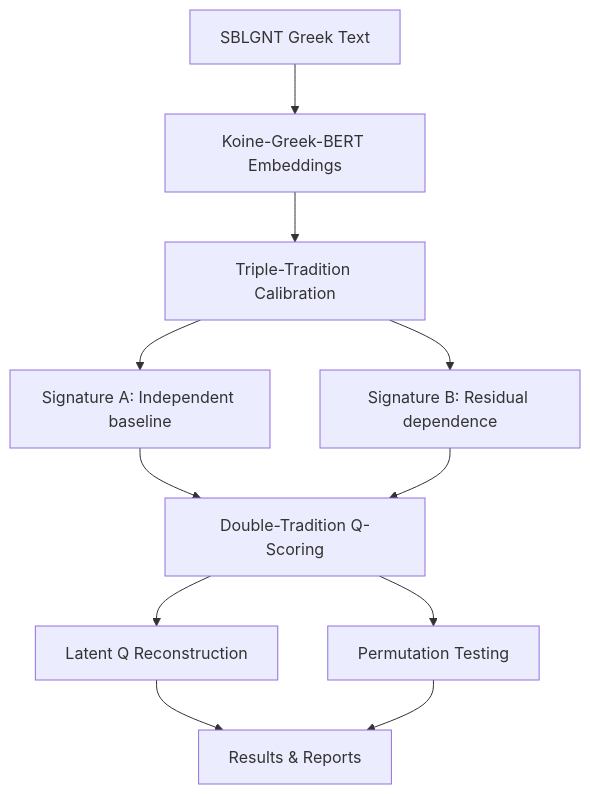
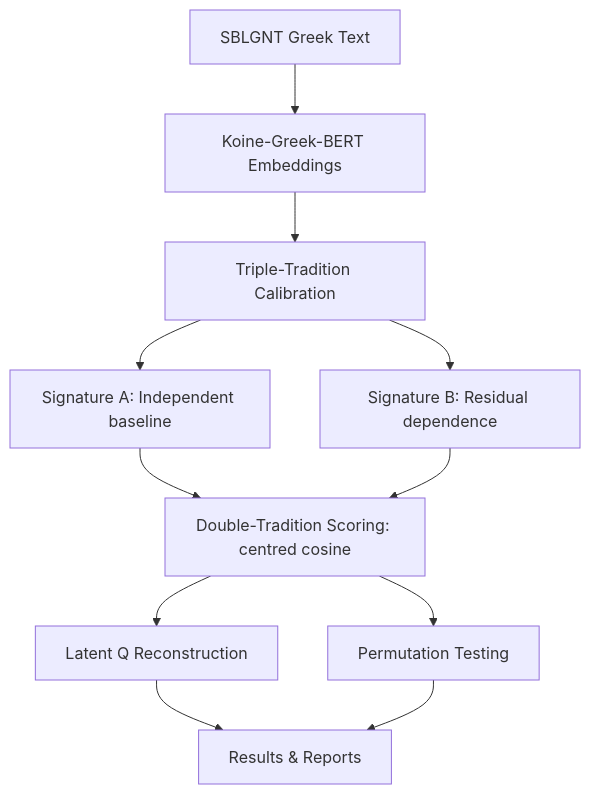
One commit to Agnieszkachr/stcm changed the diagram in site/index.md. Above: the diagram before and after it, drawn with Mermaid. The commit also changed 22 other files, not shown here.

````diff
--- a/site/index.md
+++ b/site/index.md
@@ -11,13 +11,13 @@
 ```mermaid
 graph TD
     A[SBLGNT Greek Text] --> B[Koine-Greek-BERT Embeddings]
     B --> C[Triple-Tradition Calibration]
     C --> D[Signature A: Independent baseline]
     C --> E[Signature B: Residual dependence]
-    D --> F[Double-Tradition Q-Scoring]
+    D --> F[Double-Tradition Scoring: centred cosine]
     E --> F
     F --> G[Latent Q Reconstruction]
     F --> H[Permutation Testing]
     G --> I[Results & Reports]
     H --> I
 ```
````
